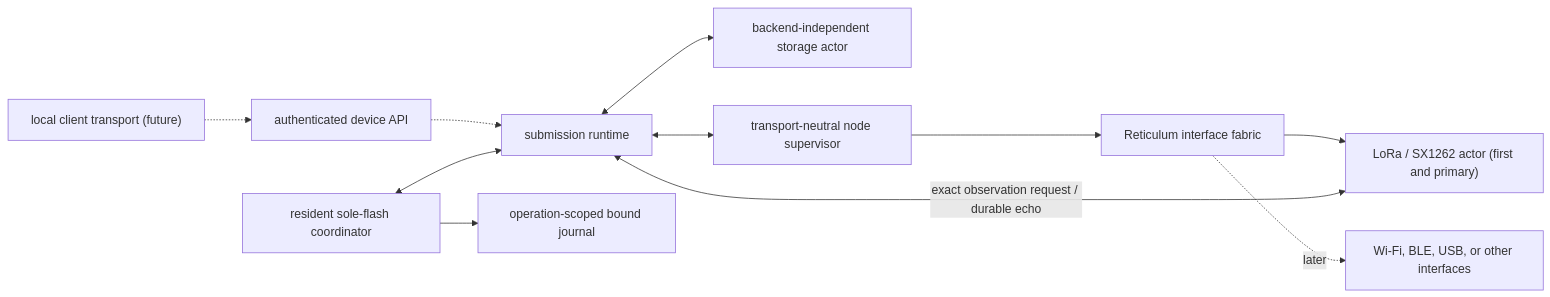
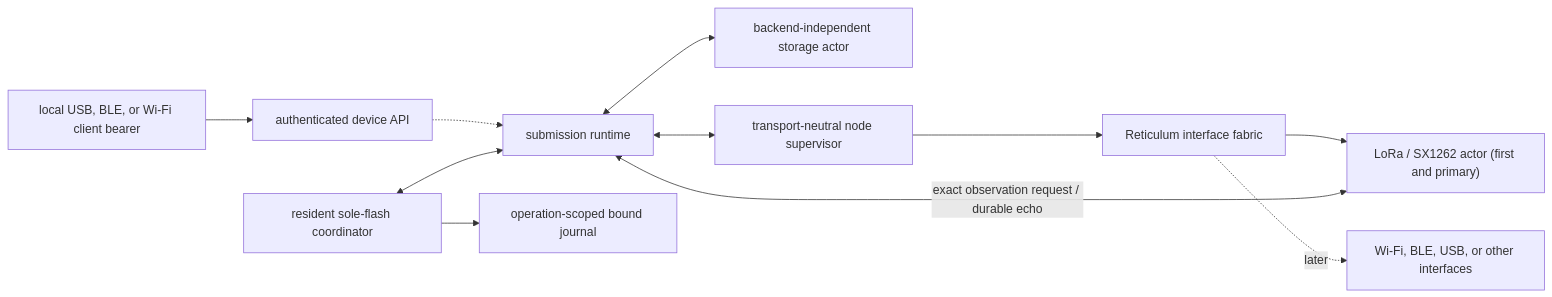
The diagram in docs/submission-runtime.md (evelant/reticulum-rs-firmware), drawn with Mermaid before and after one commit. The commit also changed other lines of this file and 96 other files, not shown here.

````diff
--- a/docs/submission-runtime.md
+++ b/docs/submission-runtime.md
@@ -39,13 +41,13 @@
 ```mermaid
 flowchart LR
-    Client["local client transport (future)"] -.-> API["authenticated device API"]
+    Client["local USB, BLE, or Wi-Fi client bearer"] --> API["authenticated device API"]
     API -.-> Runtime["submission runtime"]
     Coordinator["resident sole-flash coordinator"] <--> Runtime
     Runtime <--> Store["backend-independent storage actor"]
     Coordinator --> Journal["operation-scoped bound journal"]
     Runtime <--> Node["transport-neutral node supervisor"]
     Node --> Fabric["Reticulum interface fabric"]
     Fabric --> LoRa["LoRa / SX1262 actor (first and primary)"]
     Fabric -. later .-> Other["Wi-Fi, BLE, USB, or other interfaces"]
     LoRa <-->|"exact observation request / durable echo"| Runtime
 ```
````
